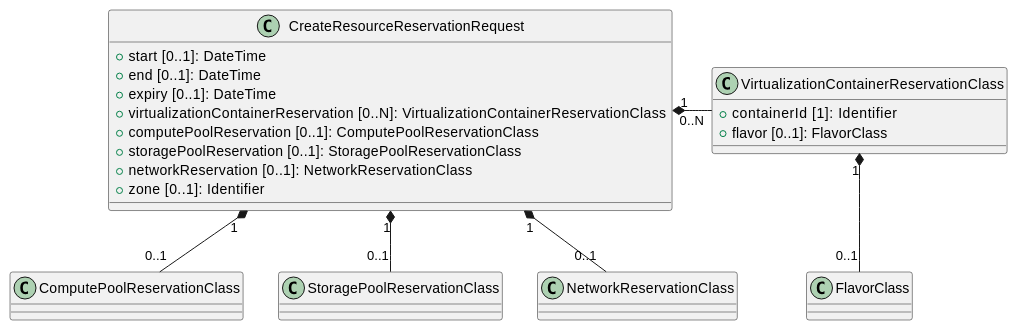
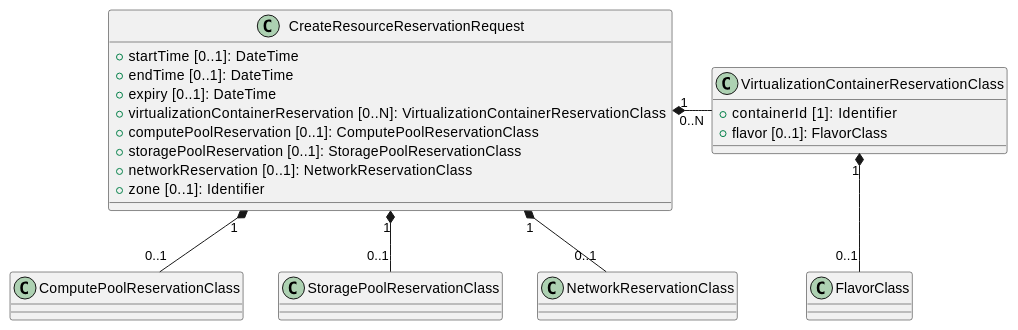
The sixth of 16 diagrams in requirements/05-impl.rst (opnfv/promise), drawn with PlantUML before and after one commit. The commit also changed other lines of this file and 8 other files, not shown here.

```diff
--- a/requirements/05-impl.rst
+++ b/requirements/05-impl.rst
@@ -230,25 +230,25 @@
 .. uml::
 
    @startuml
    class CreateResourceReservationRequest {
-      + start [0..1]: DateTime
-      + end [0..1]: DateTime
+      + startTime [0..1]: DateTime
+      + endTime [0..1]: DateTime
       + expiry [0..1]: DateTime
       + virtualizationContainerReservation [0..N]: VirtualizationContainerReservationClass
       + computePoolReservation [0..1]: ComputePoolReservationClass
       + storagePoolReservation [0..1]: StoragePoolReservationClass
       + networkReservation [0..1]: NetworkReservationClass
       + zone [0..1]: Identifier
    }
 
    class VirtualizationContainerReservationClass {
       + containerId [1]: Identifier
       + flavor [0..1]: FlavorClass
    }
 
    CreateResourceReservationRequest "1" *- "0..N" VirtualizationContainerReservationClass : ""
    VirtualizationContainerReservationClass "1" *-- "0..1" FlavorClass
    CreateResourceReservationRequest "1" *-- "0..1" ComputePoolReservationClass
    CreateResourceReservationRequest "1" *-- "0..1" StoragePoolReservationClass
    CreateResourceReservationRequest "1" *-- "0..1" NetworkReservationClass
    @enduml
```
